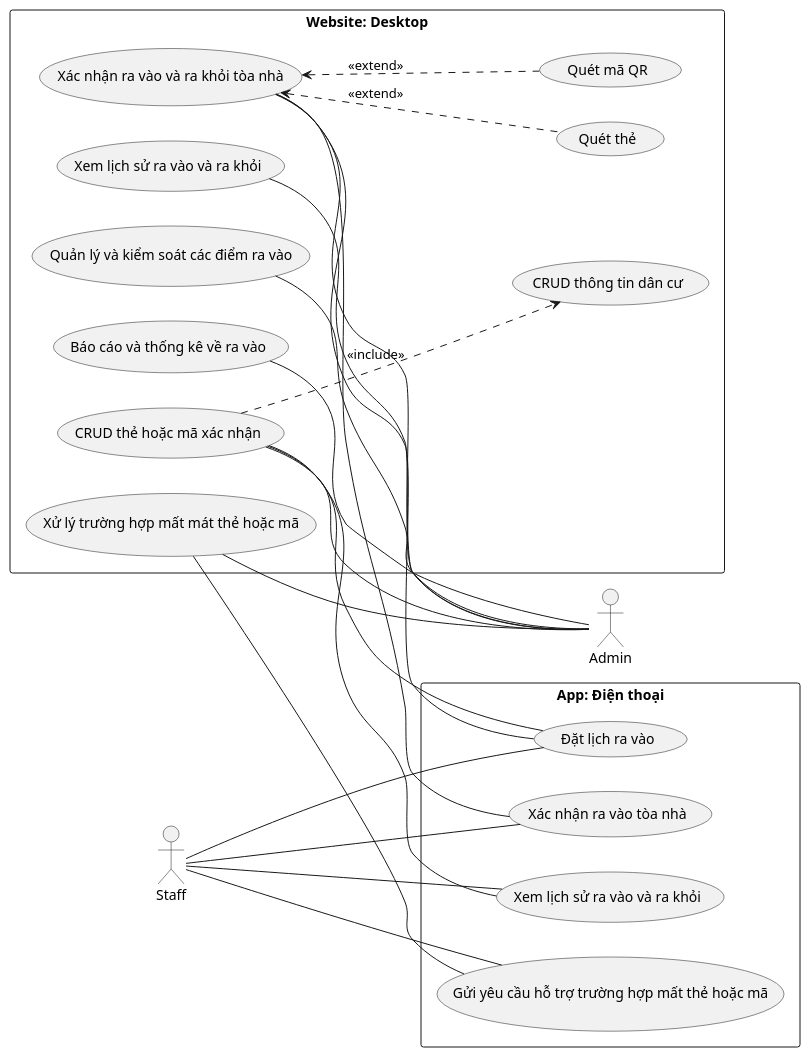
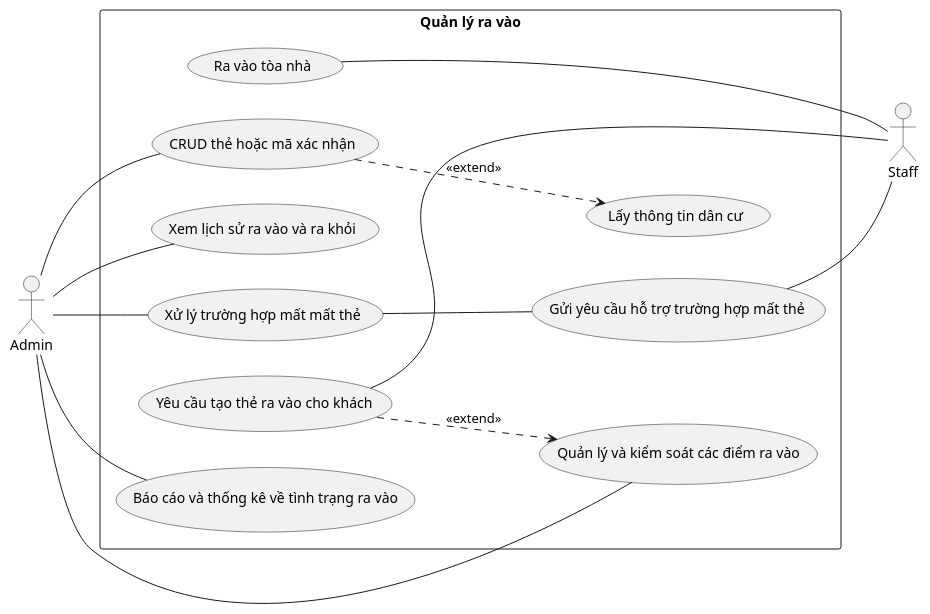
One commit to QuickyBooster/SE357-Pratice-class changed the diagram in Lab1/Lab1.2/Usecase/Quản lý ra vào.plantuml. Above: the diagram before and after it, drawn with PlantUML. The commit also changed 2 other files, not shown here.

Commit message:
huu modify use case diagram

```diff
--- a/Lab1/Lab1.2/Usecase/Quản lý ra vào.plantuml
+++ b/Lab1/Lab1.2/Usecase/Quản lý ra vào.plantuml
@@ -1,45 +1,31 @@
 @startuml
 left to right direction
 
 actor Admin as C
 actor Staff as S
-rectangle "Website: Desktop" {
-  usecase (Xác nhận ra vào và ra khỏi tòa nhà) as UC1
-   (UC1)<..(Quét thẻ):<<extend>>
-      (UC1)<..(Quét mã QR):<<extend>>
+rectangle "Quản lý ra vào" {
   usecase (CRUD thẻ hoặc mã xác nhận) as UC2
-    (UC2)..>(CRUD thông tin dân cư):<<include>>
+  (UC2)..>(Lấy thông tin dân cư):<<extend>>
   usecase (Xem lịch sử ra vào và ra khỏi) as UC3
   usecase (Quản lý và kiểm soát các điểm ra vào) as UC4
-usecase (Xử lý trường hợp mất mát thẻ hoặc mã) as UC5
-    usecase (Báo cáo và thống kê về ra vào) as UC6
+  usecase (Xử lý trường hợp mất mất thẻ) as UC5
+  usecase (Báo cáo và thống kê về tình trạng ra vào) as UC6
 
+  usecase "Yêu cầu tạo thẻ ra vào cho khách" as UC7
+  usecase "Ra vào tòa nhà" as UC8
+  usecase "Gửi yêu cầu hỗ trợ trường hợp mất thẻ " as UC10
 }
-
-rectangle "App: Điện thoại" {
-  usecase "Đặt lịch ra vào" as UC7
-  usecase "Xác nhận ra vào tòa nhà" as UC8
-  usecase "Xem lịch sử ra vào và ra khỏi" as UC9
-  usecase "Gửi yêu cầu hỗ trợ trường hợp mất thẻ hoặc mã" as UC10
-  
-}
-
-UC1 -- C
-UC2 -- C
-UC3 -- C
-UC4 -- C
-UC5 -- C
-UC6 -- C
-S -- UC7
-S -- UC8
-S -- UC9 
-S -- UC10 
-UC1 -- UC7
-UC1 -- UC8
-UC2 -- UC7
-UC2 -- UC9
+UC7 ..> UC4:<<extend>>
+C--UC2
+C--UC3
+C--UC4
+C--UC5
+C--UC6
+UC7--S
+UC8--S
+UC10--S
 UC5 -- UC10
 
 
 
 @enduml
```
